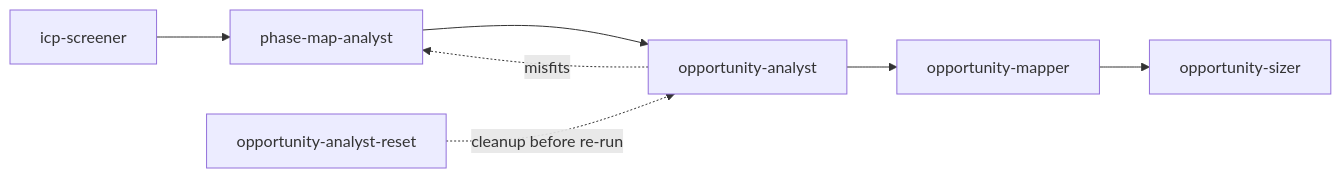
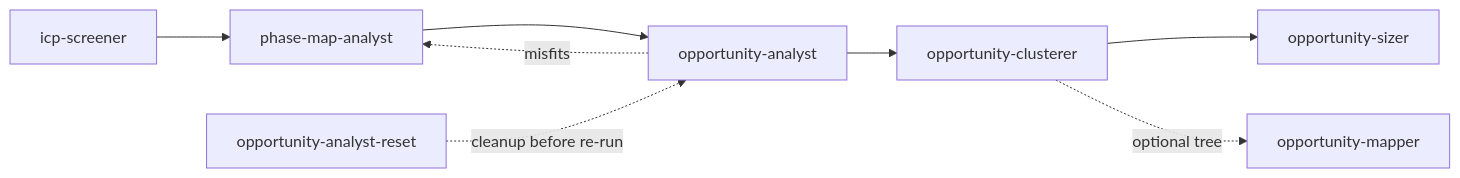
Before and after one commit to Elsevanderberg1/product-discovery-skills: the diagram in README.md, drawn with Mermaid. The commit also changed other lines of this file, not shown here.

First line of the commit message:
README: clusterer is now the default pre-sizer step

````diff
--- a/README.md
+++ b/README.md
@@ -16,9 +16,10 @@
 ```mermaid
 flowchart LR
   A[icp-screener] --> B[phase-map-analyst]
   B --> C[opportunity-analyst]
-  C --> D[opportunity-mapper]
+  C --> D[opportunity-clusterer]
   D --> E[opportunity-sizer]
+  D -. optional tree .-> M[opportunity-mapper]
   C -. misfits .-> B
   R[opportunity-analyst-reset] -. cleanup before re-run .-> C
 ```
````
